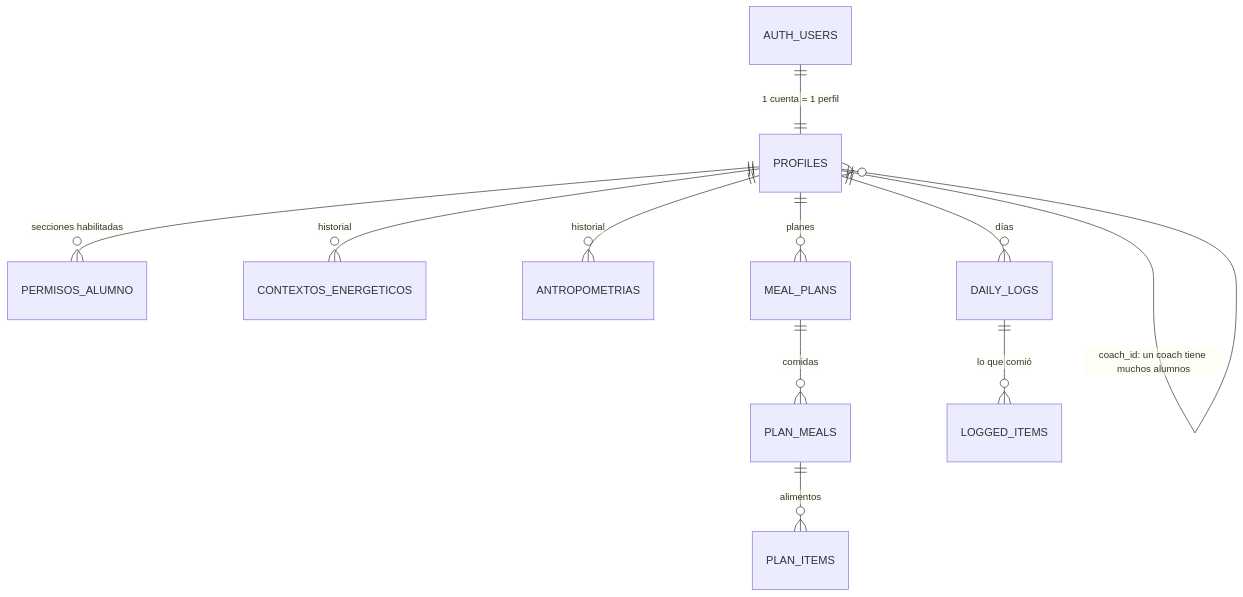
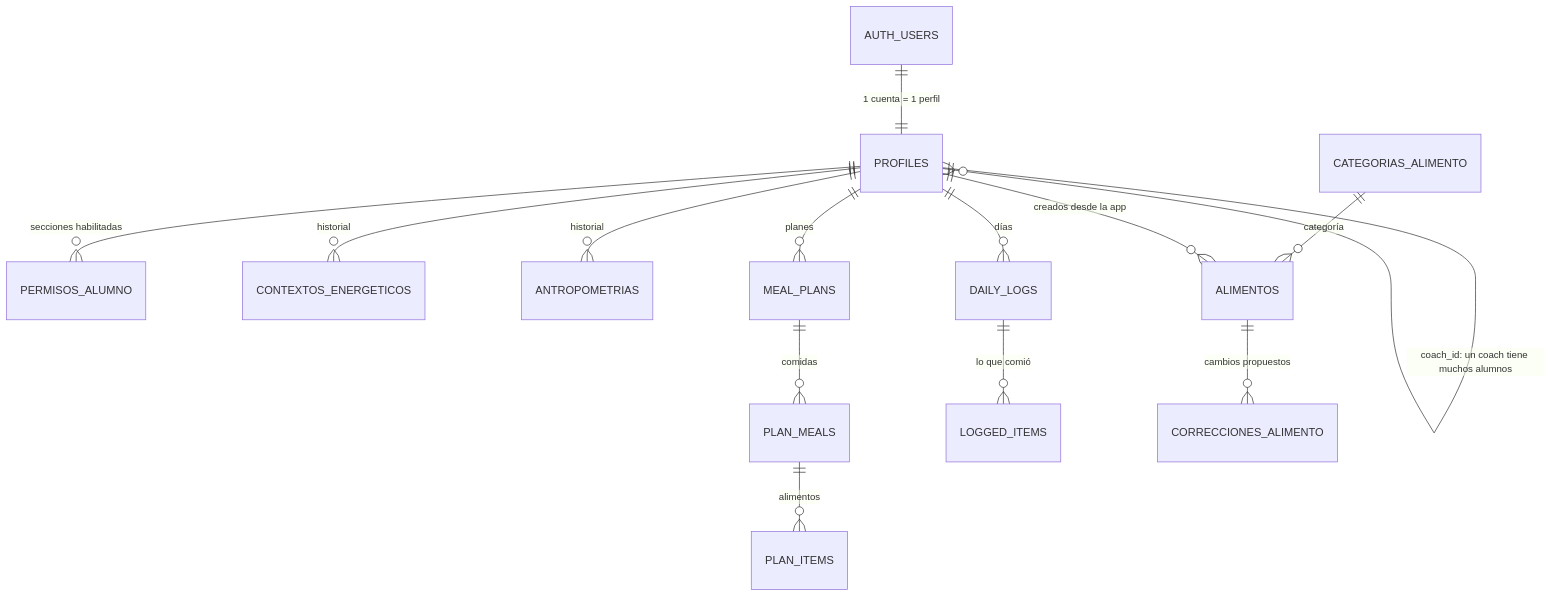
One commit to NicolasDuartes/AppCalorias changed the diagram in supabase/ESQUEMA.md. Above: the diagram before and after it, drawn with Mermaid. The commit also changed other lines of this file and 10 other files, not shown here.

````diff
--- a/supabase/ESQUEMA.md
+++ b/supabase/ESQUEMA.md
@@ -9,13 +9,16 @@
 ```mermaid
 erDiagram
     AUTH_USERS ||--|| PROFILES : "1 cuenta = 1 perfil"
     PROFILES ||--o{ PROFILES : "coach_id: un coach tiene muchos alumnos"
     PROFILES ||--o{ PERMISOS_ALUMNO : "secciones habilitadas"
     PROFILES ||--o{ CONTEXTOS_ENERGETICOS : "historial"
     PROFILES ||--o{ ANTROPOMETRIAS : "historial"
     PROFILES ||--o{ MEAL_PLANS : "planes"
     MEAL_PLANS ||--o{ PLAN_MEALS : "comidas"
     PLAN_MEALS ||--o{ PLAN_ITEMS : "alimentos"
     PROFILES ||--o{ DAILY_LOGS : "días"
     DAILY_LOGS ||--o{ LOGGED_ITEMS : "lo que comió"
+    CATEGORIAS_ALIMENTO ||--o{ ALIMENTOS : "categoría"
+    PROFILES ||--o{ ALIMENTOS : "creados desde la app"
+    ALIMENTOS ||--o{ CORRECCIONES_ALIMENTO : "cambios propuestos"
 ```
````
